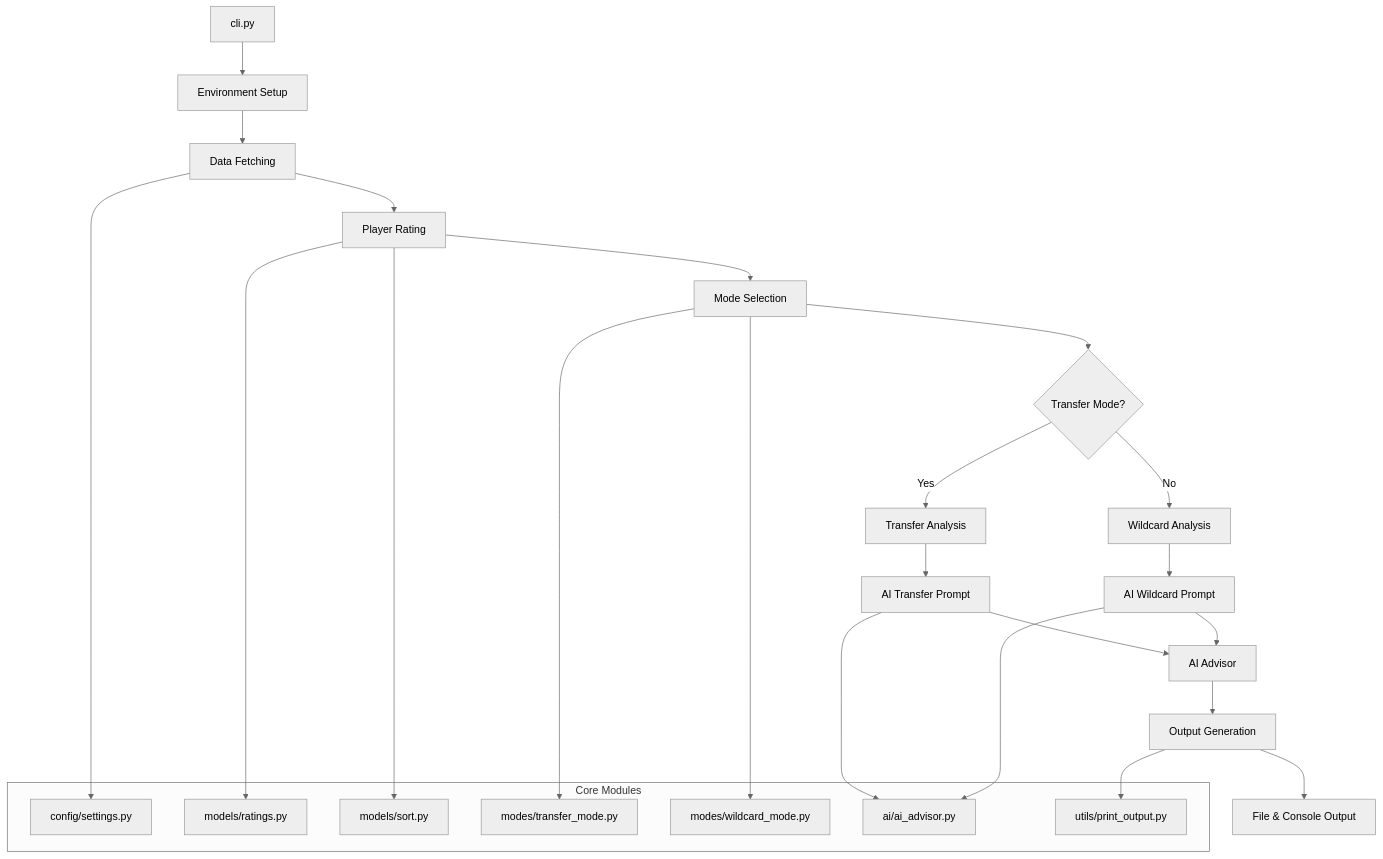
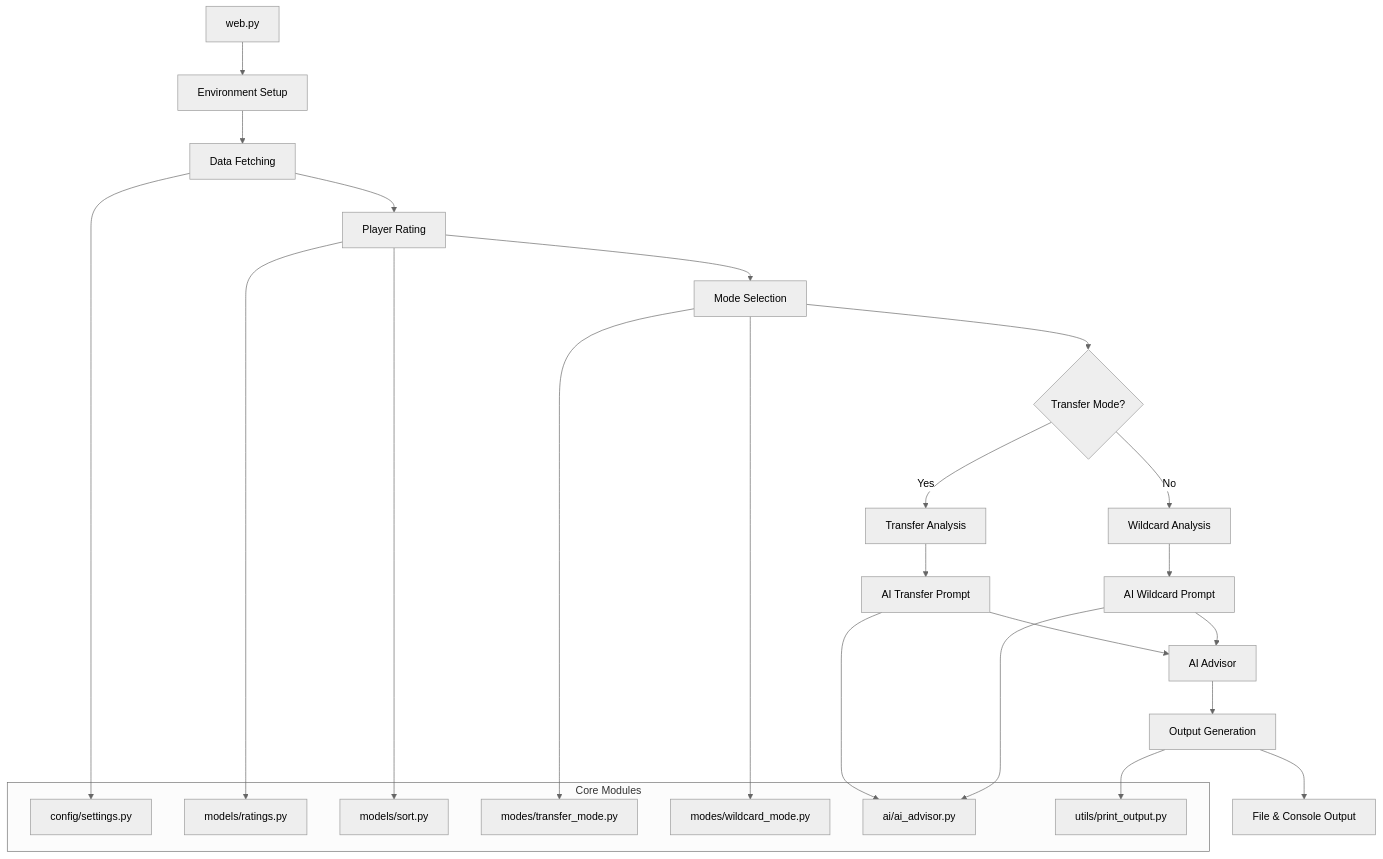
The first of 2 diagrams in docs/ARCHITECTURE_REFERENCE.md (hutchybop/FPLGaffer), drawn with Mermaid (neutral theme) before and after one commit. The commit also changed other lines of this file and 10 other files, not shown here.

````diff
--- a/docs/ARCHITECTURE_REFERENCE.md
+++ b/docs/ARCHITECTURE_REFERENCE.md
@@ -14,35 +14,35 @@
 ```mermaid
 graph TD
-    A[cli.py] --> B[Environment Setup]
+    A[web.py] --> B[Environment Setup]
     B --> C[Data Fetching]
     C --> D[Player Rating]
     D --> E[Mode Selection]
     E --> F{Transfer Mode?}
     F -->|Yes| G[Transfer Analysis]
     F -->|No| H[Wildcard Analysis]
     G --> I[AI Transfer Prompt]
     H --> J[AI Wildcard Prompt]
     I --> K[AI Advisor]
     J --> K
     K --> L[Output Generation]
     L --> M[File & Console Output]
     
     subgraph "Core Modules"
         N[config/settings.py]
         O[models/ratings.py]
         P[models/sort.py]
         Q[modes/transfer_mode.py]
         R[modes/wildcard_mode.py]
         S[ai/ai_advisor.py]
         T[utils/print_output.py]
     end
     
     C --> N
     D --> O
     D --> P
     E --> Q
     E --> R
     I --> S
     J --> S
     L --> T
 ```
````
